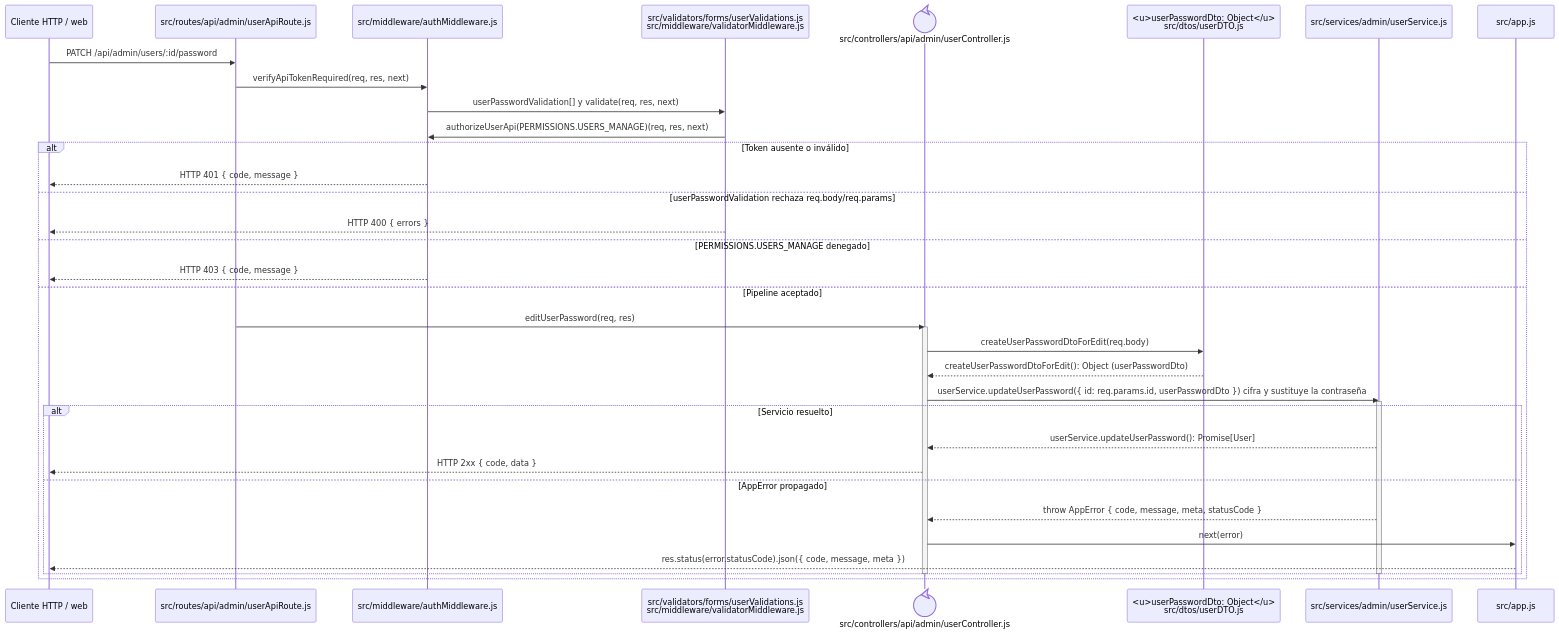
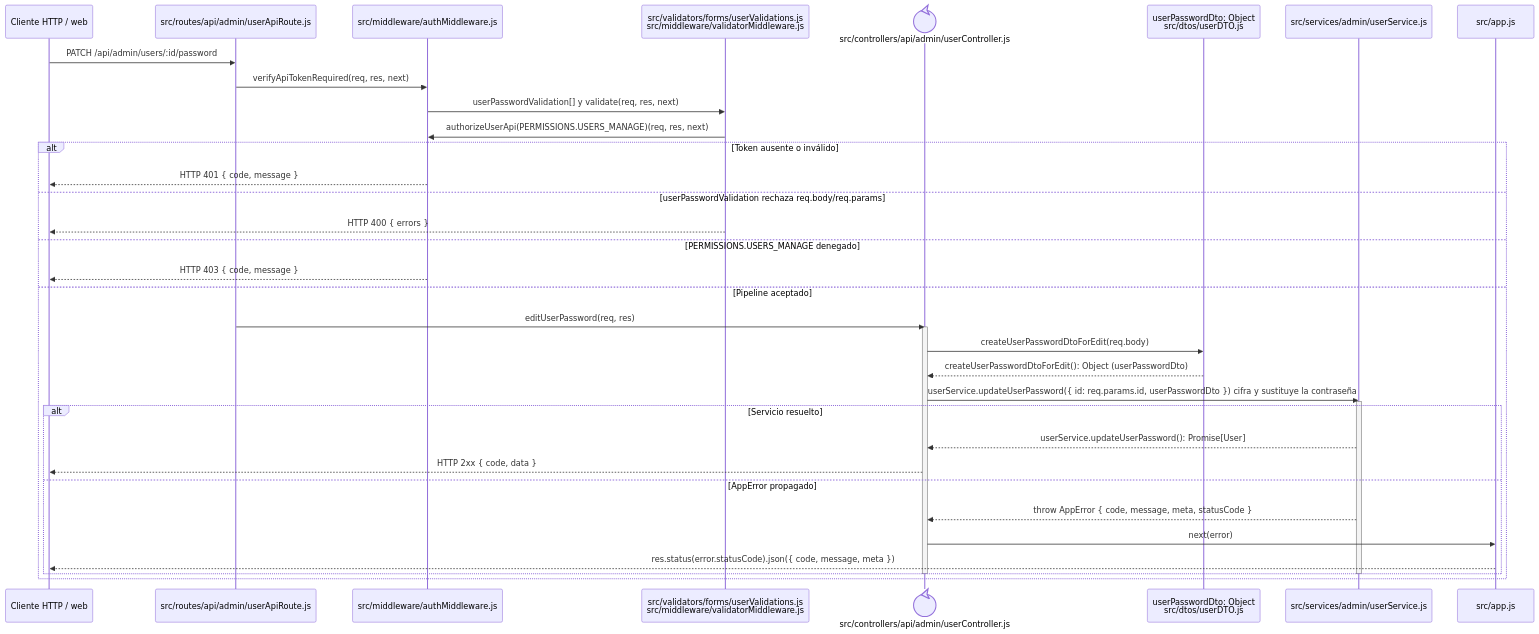
One commit to gpgsistemas01/nexus changed the diagram in docs/architecture/backend-code-sequences/identity-access/cu-ida-08.md. Above: the diagram before and after it, drawn with Mermaid. The commit also changed 38 other files, not shown here.

````diff
--- a/docs/architecture/backend-code-sequences/identity-access/cu-ida-08.md
+++ b/docs/architecture/backend-code-sequences/identity-access/cu-ida-08.md
@@ -6,40 +6,40 @@
 ```mermaid
 sequenceDiagram
     participant Client as Cliente HTTP / web
     participant Route as src/routes/api/admin/userApiRoute.js
     participant Auth as src/middleware/authMiddleware.js
     participant Validator as src/validators/forms/userValidations.js<br/>src/middleware/validatorMiddleware.js
     participant Controller@{ "type": "control" } as src/controllers/api/admin/userController.js
-    participant PasswordDto as <u>userPasswordDto: Object</u><br/>src/dtos/userDTO.js
+    participant PasswordDto as userPasswordDto: Object<br/>src/dtos/userDTO.js
     participant Domain as src/services/admin/userService.js
     participant ErrorHandler as src/app.js
 
     Client->>Route: PATCH /api/admin/users/:id/password
     Route->>Auth: verifyApiTokenRequired(req, res, next)
     Auth->>Validator: userPasswordValidation[] y validate(req, res, next)
     Validator->>Auth: authorizeUserApi(PERMISSIONS.USERS_MANAGE)(req, res, next)
     alt Token ausente o inválido
         Auth-->>Client: HTTP 401 { code, message }
     else userPasswordValidation rechaza req.body/req.params
         Validator-->>Client: HTTP 400 { errors }
     else PERMISSIONS.USERS_MANAGE denegado
         Auth-->>Client: HTTP 403 { code, message }
     else Pipeline aceptado
         Route->>Controller: editUserPassword(req, res)
         activate Controller
         Controller->>PasswordDto: createUserPasswordDtoForEdit(req.body)
         PasswordDto-->>Controller: createUserPasswordDtoForEdit(): Object (userPasswordDto)
         Controller->>Domain: userService.updateUserPassword({ id: req.params.id, userPasswordDto }) cifra y sustituye la contraseña
         activate Domain
         alt Servicio resuelto
             Domain-->>Controller: userService.updateUserPassword(): Promise[User]
             Controller-->>Client: HTTP 2xx { code, data }
         else AppError propagado
             Domain-->>Controller: throw AppError { code, message, meta, statusCode }
             Controller->>ErrorHandler: next(error)
             ErrorHandler-->>Client: res.status(error.statusCode).json({ code, message, meta })
         end
         deactivate Domain
         deactivate Controller
     end
 ```
````
